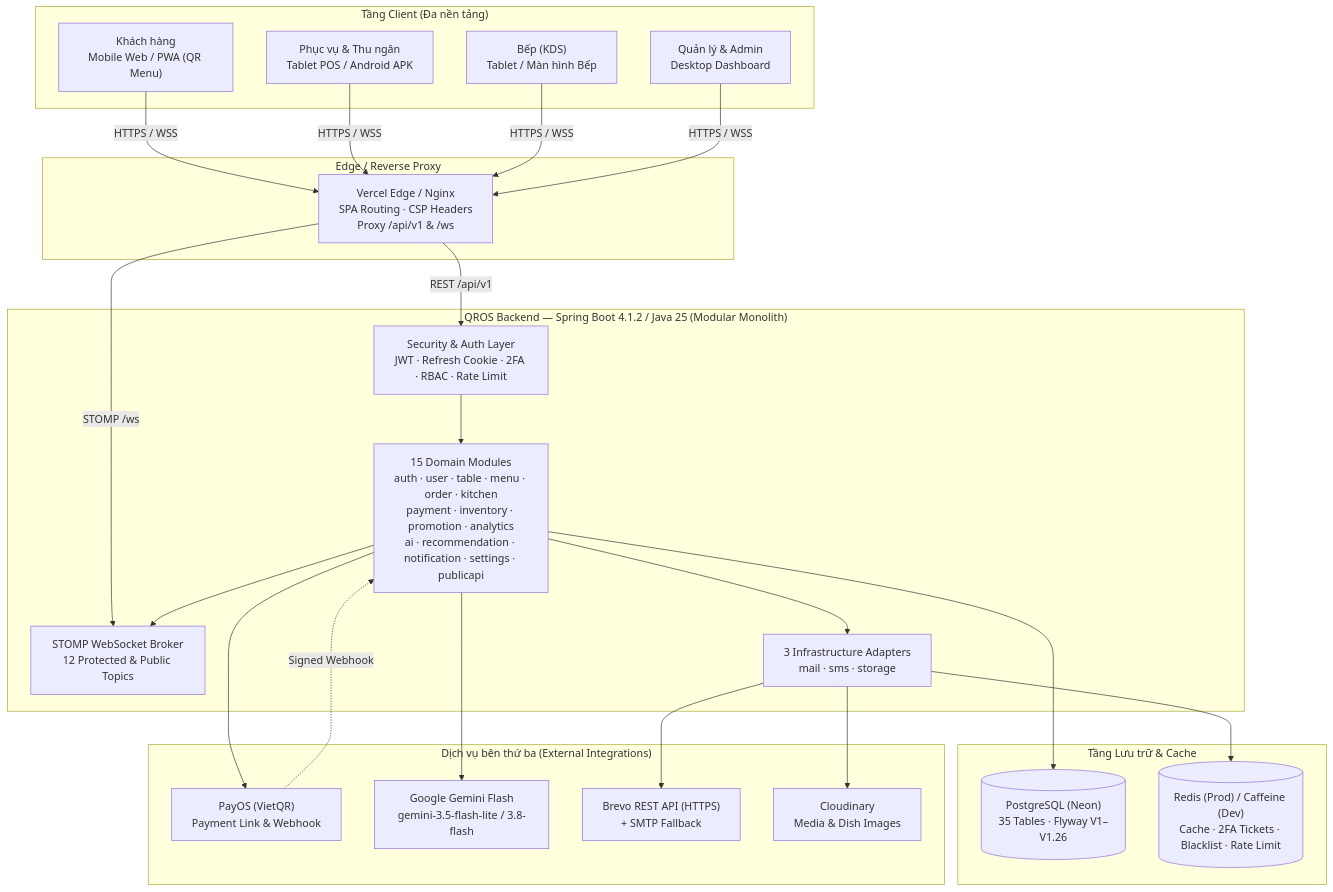
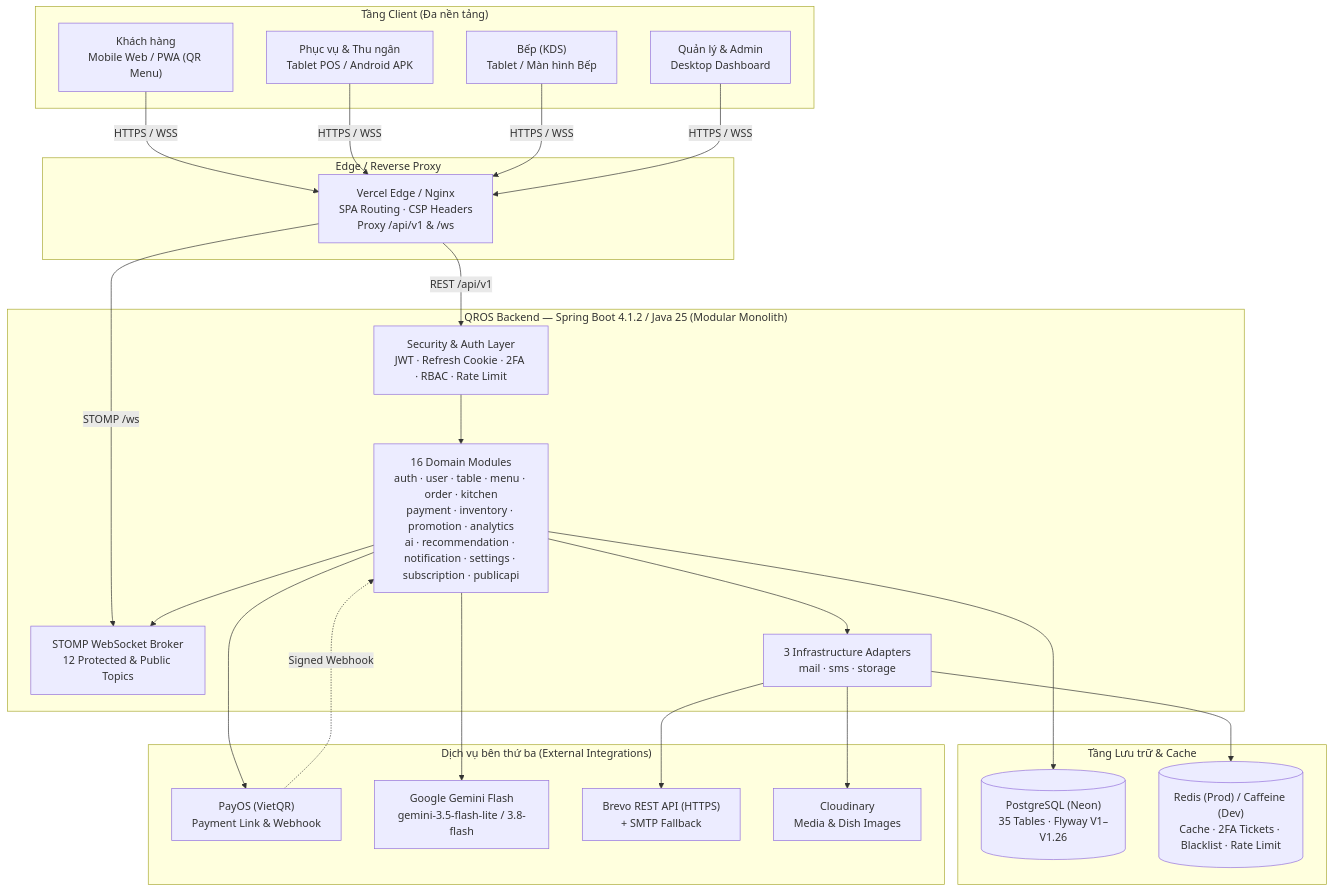
One commit to lequochuy05/order_by_qr changed the first of 8 diagrams in docs/knowledge/04-tech/SYSTEM_DESIGN.md. Above: the diagram before and after it, drawn with Mermaid. The commit also changed other lines of this file and 8 other files, not shown here.

````diff
--- a/docs/knowledge/04-tech/SYSTEM_DESIGN.md
+++ b/docs/knowledge/04-tech/SYSTEM_DESIGN.md
@@ -43,46 +43,46 @@
 ```mermaid
 flowchart TB
     subgraph Clients["Tầng Client (Đa nền tảng)"]
         C1["Khách hàng<br/>Mobile Web / PWA (QR Menu)"]
         C2["Phục vụ & Thu ngân<br/>Tablet POS / Android APK"]
         C3["Bếp (KDS)<br/>Tablet / Màn hình Bếp"]
         C4["Quản lý & Admin<br/>Desktop Dashboard"]
     end
 
     subgraph Edge["Edge / Reverse Proxy"]
         V["Vercel Edge / Nginx<br/>SPA Routing · CSP Headers<br/>Proxy /api/v1 & /ws"]
     end
 
     subgraph Backend["QROS Backend — Spring Boot 4.1.2 / Java 25 (Modular Monolith)"]
         SEC["Security & Auth Layer<br/>JWT · Refresh Cookie · 2FA · RBAC · Rate Limit"]
-        MOD["15 Domain Modules<br/>auth · user · table · menu · order · kitchen<br/>payment · inventory · promotion · analytics<br/>ai · recommendation · notification · settings · publicapi"]
+        MOD["16 Domain Modules<br/>auth · user · table · menu · order · kitchen<br/>payment · inventory · promotion · analytics<br/>ai · recommendation · notification · settings · subscription · publicapi"]
         WS["STOMP WebSocket Broker<br/>12 Protected & Public Topics"]
         INFRA["3 Infrastructure Adapters<br/>mail · sms · storage"]
     end
 
     subgraph Data["Tầng Lưu trữ & Cache"]
         PG[("PostgreSQL (Neon)<br/>35 Tables · Flyway V1–V1.26")]
         RD[("Redis (Prod) / Caffeine (Dev)<br/>Cache · 2FA Tickets · Blacklist · Rate Limit")]
     end
 
     subgraph External["Dịch vụ bên thứ ba (External Integrations)"]
         PAY["PayOS (VietQR)<br/>Payment Link & Webhook"]
         AI["Google Gemini Flash<br/>gemini-3.5-flash-lite / 3.8-flash"]
         MAIL["Brevo REST API (HTTPS)<br/>+ SMTP Fallback"]
         CLD["Cloudinary<br/>Media & Dish Images"]
     end
 
     C1 & C2 & C3 & C4 -->|"HTTPS / WSS"| V
     V -->|"REST /api/v1"| SEC
     V -->|"STOMP /ws"| WS
     SEC --> MOD
     MOD --> WS
     MOD --> INFRA
     MOD --> PG
     INFRA --> RD
     MOD --> PAY
     PAY -.->|"Signed Webhook"| MOD
     MOD --> AI
     INFRA --> MAIL
     INFRA --> CLD
 ```
````
